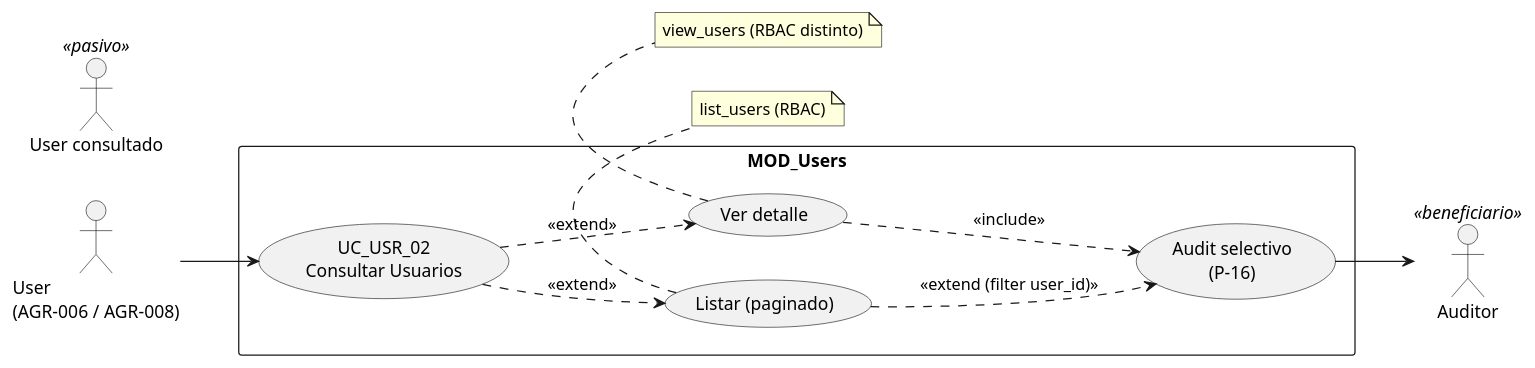
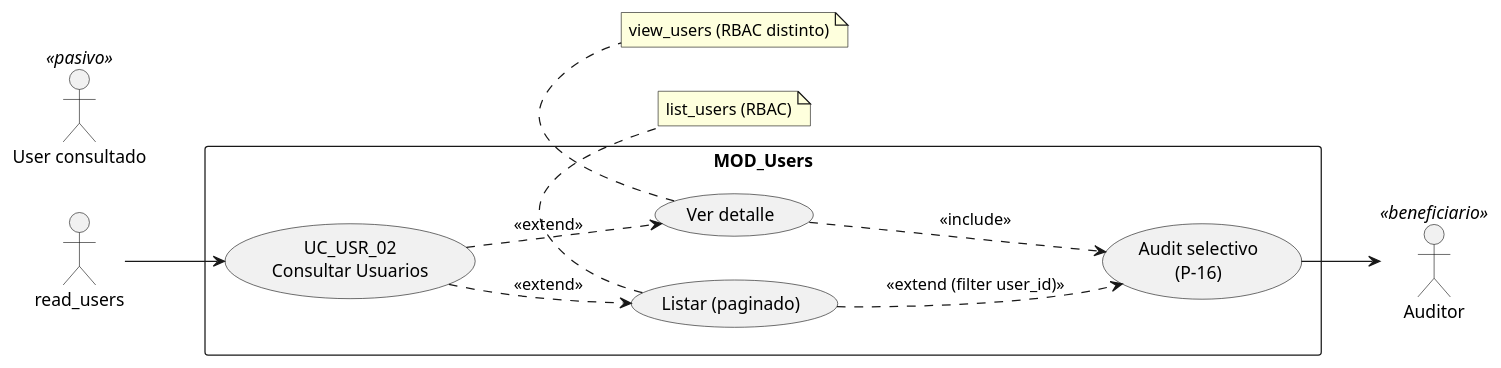
One commit to jcg-admin/IACT-docs changed the first of 4 diagrams in source/requisitos/casos-uso/users/uc-usr-02/diagramas-uml.rst. Above: the diagram before and after it, drawn with PlantUML. The commit also changed 77 other files, not shown here.

First line of the commit message:
Enforce RBAC function names as actors in all UML diagrams

```diff
--- a/source/requisitos/casos-uso/users/uc-usr-02/diagramas-uml.rst
+++ b/source/requisitos/casos-uso/users/uc-usr-02/diagramas-uml.rst
@@ -10,33 +10,33 @@
 .. uml::
  :caption: UC_USR_02 — actores y casos asociados
 
  @startuml
 
  left to right direction
 
- actor "User\n(AGR-006 / AGR-008)" as INVOKER
+ actor "read_users" as INVOKER
  actor "User consultado" as TARGET <<pasivo>>
  actor "Auditor" as AUD <<beneficiario>>
 
  rectangle "MOD_Users" {
    usecase "UC_USR_02\nConsultar Usuarios" as UC02
    usecase "Listar (paginado)" as LST
    usecase "Ver detalle" as DET
    usecase "Audit selectivo\n(P-16)" as AUDS
  }
 
  INVOKER --> UC02
  UC02 ..> LST : <<extend>>
  UC02 ..> DET : <<extend>>
  LST ..> AUDS : <<extend (filter user_id)>>
  DET ..> AUDS : <<include>>
  AUDS --> AUD
 
  note bottom of LST
    list_users (RBAC)
  end note
  note bottom of DET
    view_users (RBAC distinto)
  end note
 
  @enduml
```
